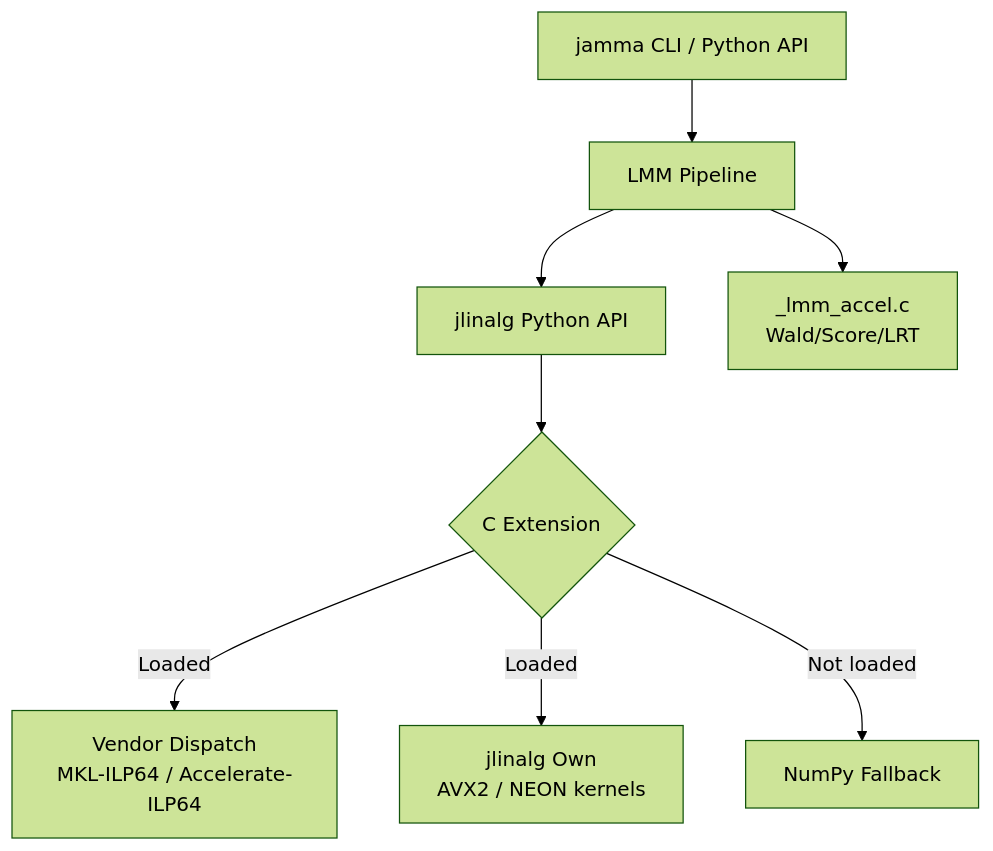
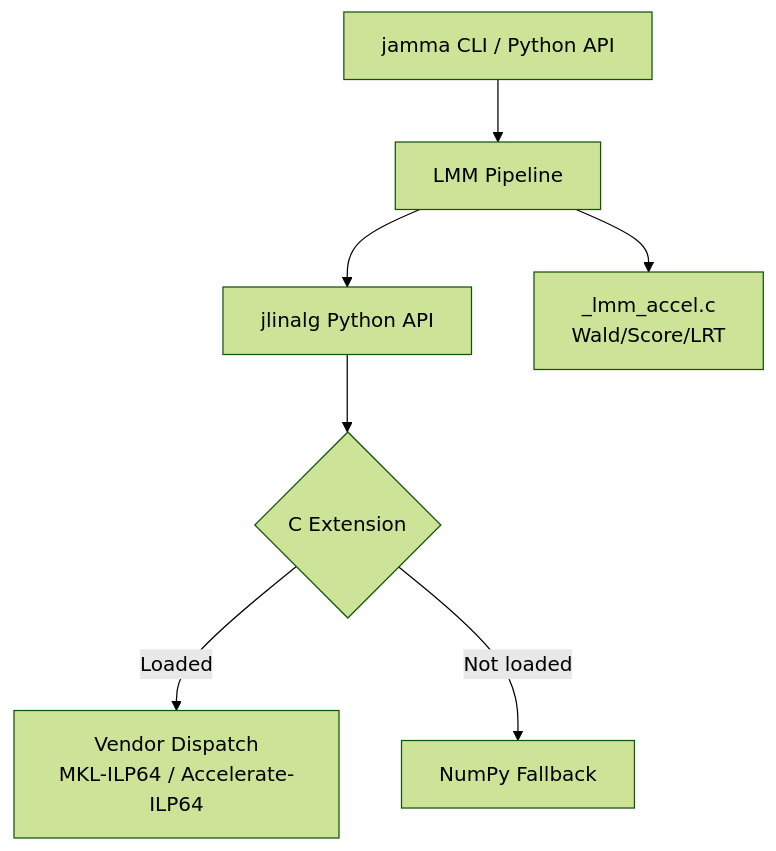
Before and after one commit to michael-denyer/jamma: the second of 2 diagrams in README.md, drawn with Mermaid (forest theme). The commit also changed other lines of this file and 136 other files, not shown here.

First line of the commit message:
refactor: strip JAX and own-BLAS, simplify to NumPy-only architecture

````diff
--- a/README.md
+++ b/README.md
@@ -342,10 +286,9 @@
 ```mermaid
 graph TD
     A["jamma CLI / Python API"] --> B["LMM Pipeline"]
     B --> C["jlinalg Python API"]
     C --> D{"C Extension"}
     D -->|Loaded| E["Vendor Dispatch<br/>MKL-ILP64 / Accelerate-ILP64"]
-    D -->|Loaded| F["jlinalg Own<br/>AVX2 / NEON kernels"]
     D -->|Not loaded| G["NumPy Fallback"]
     B --> H["_lmm_accel.c<br/>Wald/Score/LRT"]
 ```
````
